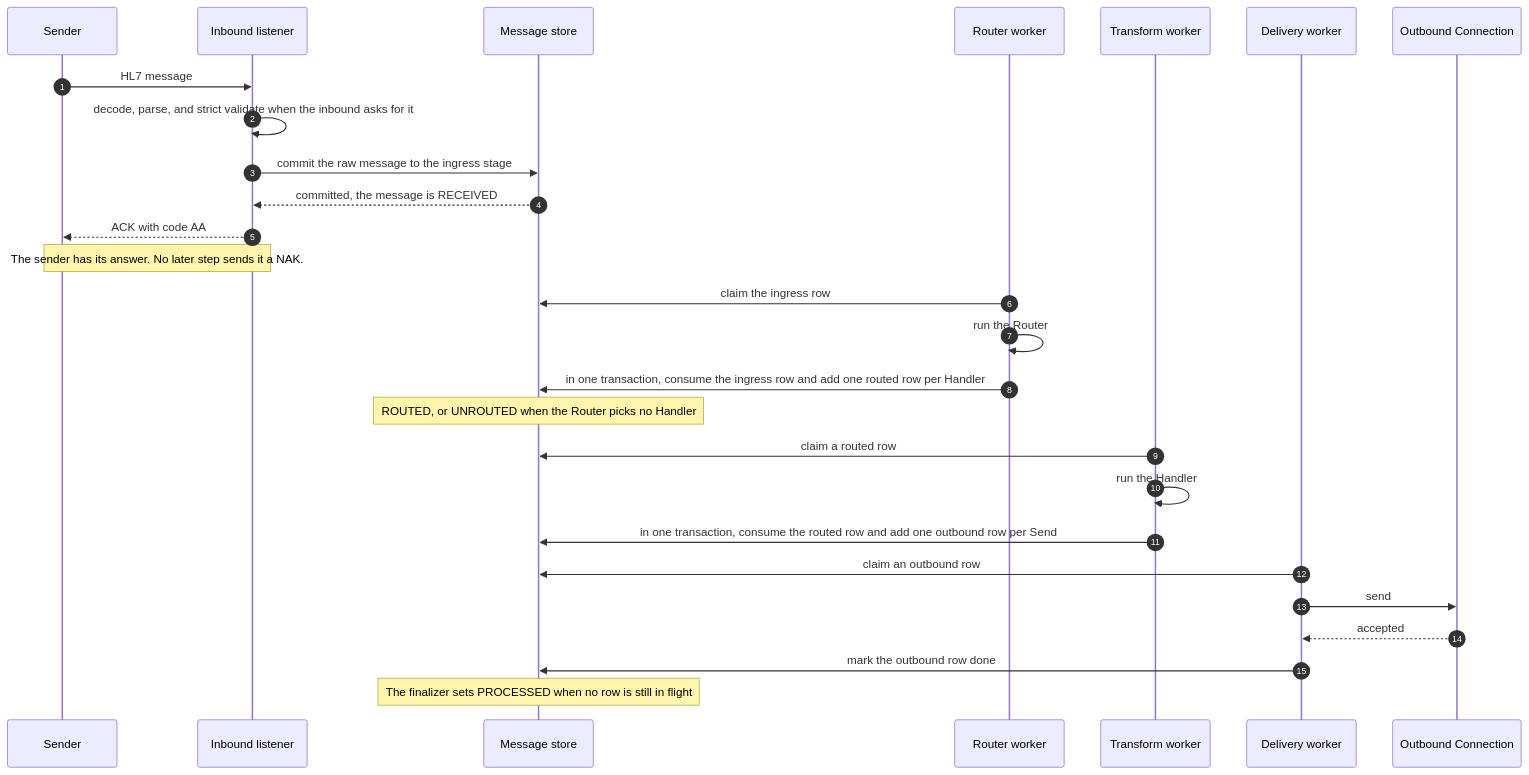
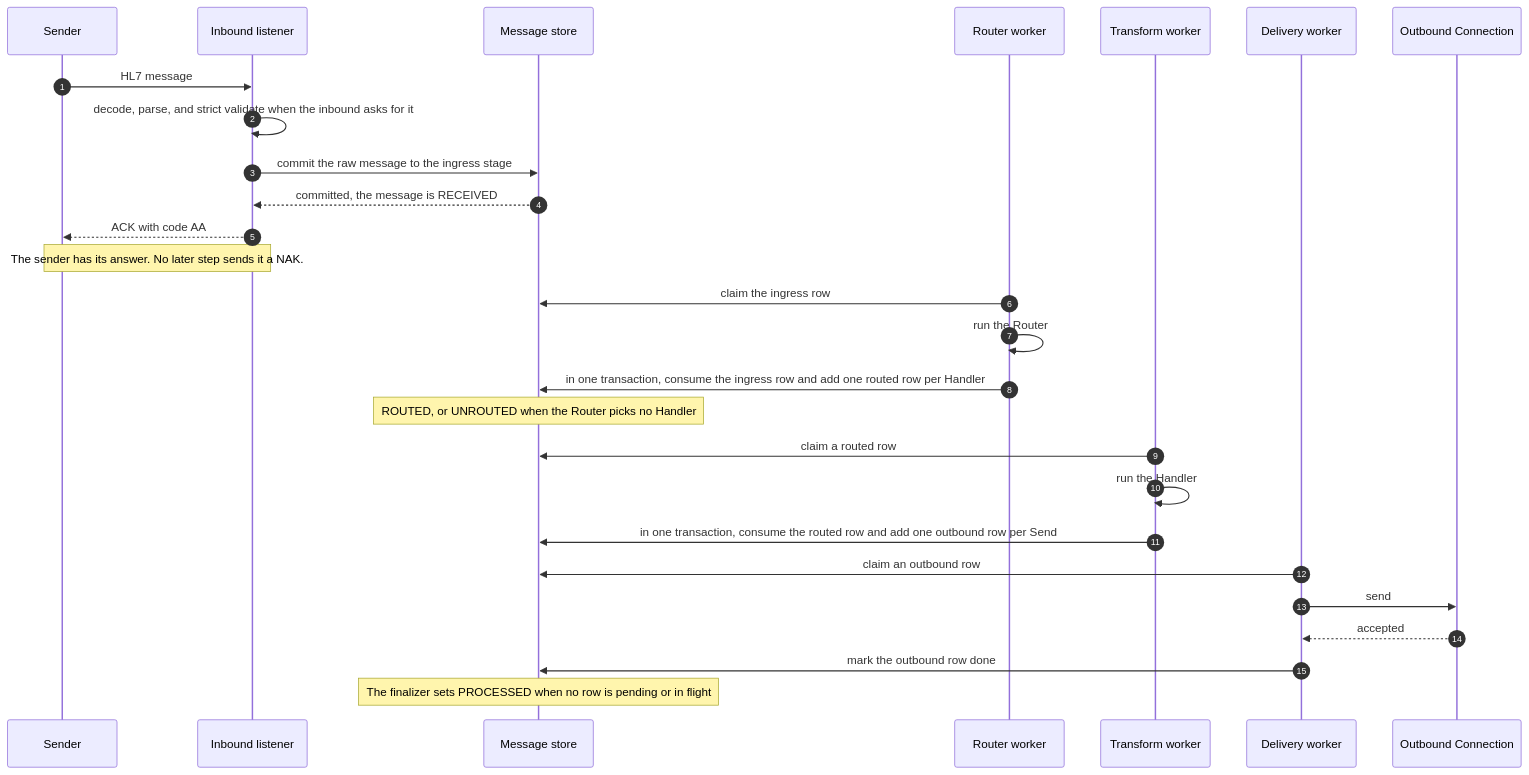
Before and after one commit to MEFORORG/MessageFoundry: the fifth of 7 diagrams in docs/architecture-diagram.md, drawn with Mermaid. The commit also changed other lines of this file, not shown here.

First line of the commit message:
docs(architecture): review fixes to the sequence and state diagrams

````diff
--- a/docs/architecture-diagram.md
+++ b/docs/architecture-diagram.md
@@ -335,33 +336,33 @@
 ```mermaid
 sequenceDiagram
   autonumber
   participant SND as Sender
   participant LSN as Inbound listener
   participant MST as Message store
   participant RTW as Router worker
   participant TRW as Transform worker
   participant DLW as Delivery worker
   participant OBC as Outbound Connection
 
   SND->>LSN: HL7 message
   LSN->>LSN: decode, parse, and strict validate when the inbound asks for it
   LSN->>MST: commit the raw message to the ingress stage
   MST-->>LSN: committed, the message is RECEIVED
   LSN-->>SND: ACK with code AA
   Note over SND,LSN: The sender has its answer. No later step sends it a NAK.
 
   RTW->>MST: claim the ingress row
   RTW->>RTW: run the Router
   RTW->>MST: in one transaction, consume the ingress row and add one routed row per Handler
   Note over MST: ROUTED, or UNROUTED when the Router picks no Handler
 
   TRW->>MST: claim a routed row
   TRW->>TRW: run the Handler
   TRW->>MST: in one transaction, consume the routed row and add one outbound row per Send
 
   DLW->>MST: claim an outbound row
   DLW->>OBC: send
   OBC-->>DLW: accepted
   DLW->>MST: mark the outbound row done
-  Note over MST: The finalizer sets PROCESSED when no row is still in flight
+  Note over MST: The finalizer sets PROCESSED when no row is pending or in flight
 ```
````
